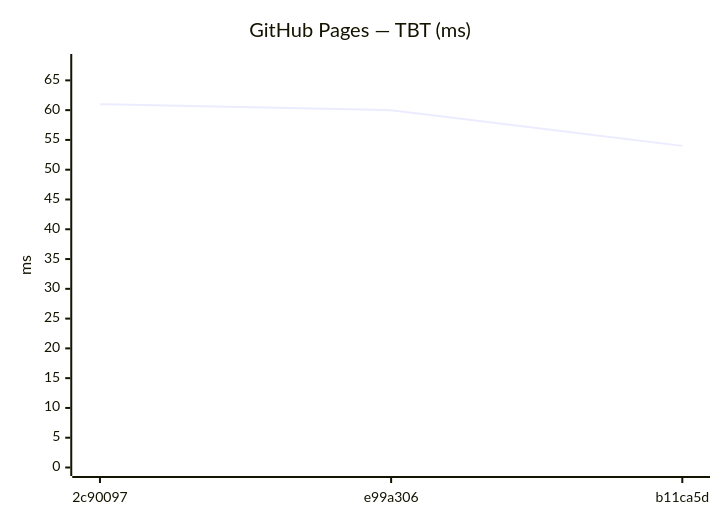
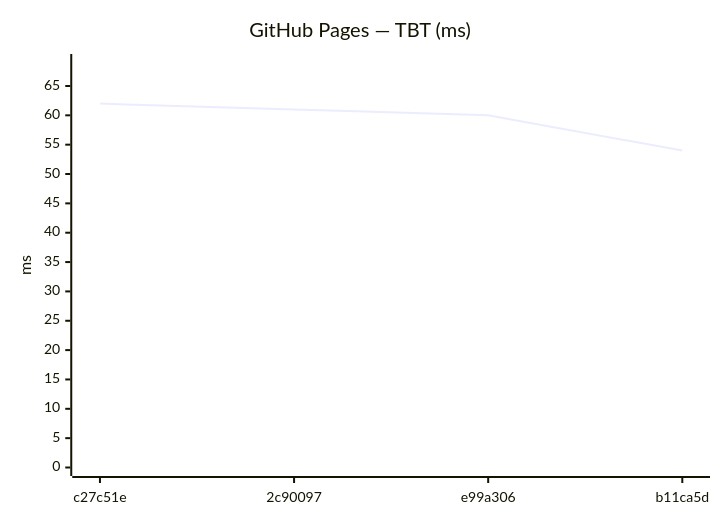
Diagram 12 of 24 in benchmarks/compare.md (Metaheurist/Rianell), drawn with Mermaid before and after one commit. The commit also changed other lines of this file and 12 other files, not shown here.

````diff
--- a/benchmarks/compare.md
+++ b/benchmarks/compare.md
@@ -144,7 +150,7 @@
 ```mermaid
 xychart-beta
     title "GitHub Pages — TBT (ms)"
-    x-axis ["2c90097", "e99a306", "b11ca5d"]
-    y-axis "ms" 0 --> 68
-    line [61, 60, 54]
+    x-axis ["c27c51e", "2c90097", "e99a306", "b11ca5d"]
+    y-axis "ms" 0 --> 69
+    line [62, 61, 60, 54]
 ```
````
